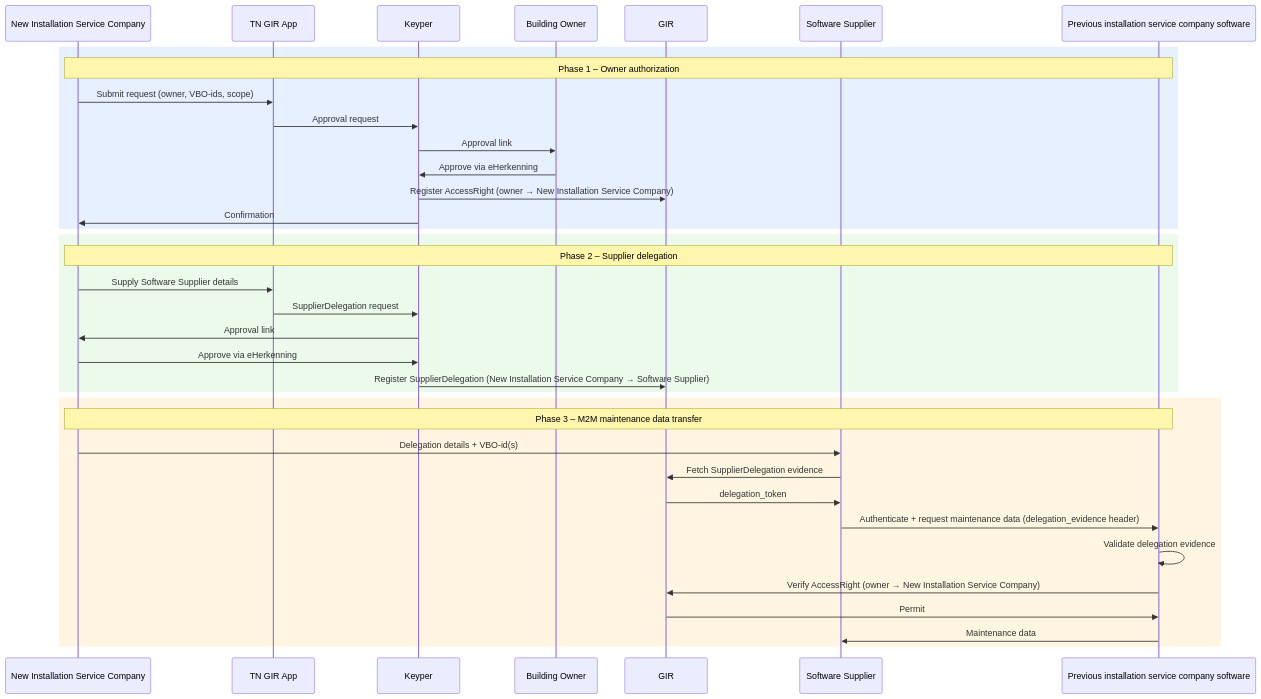
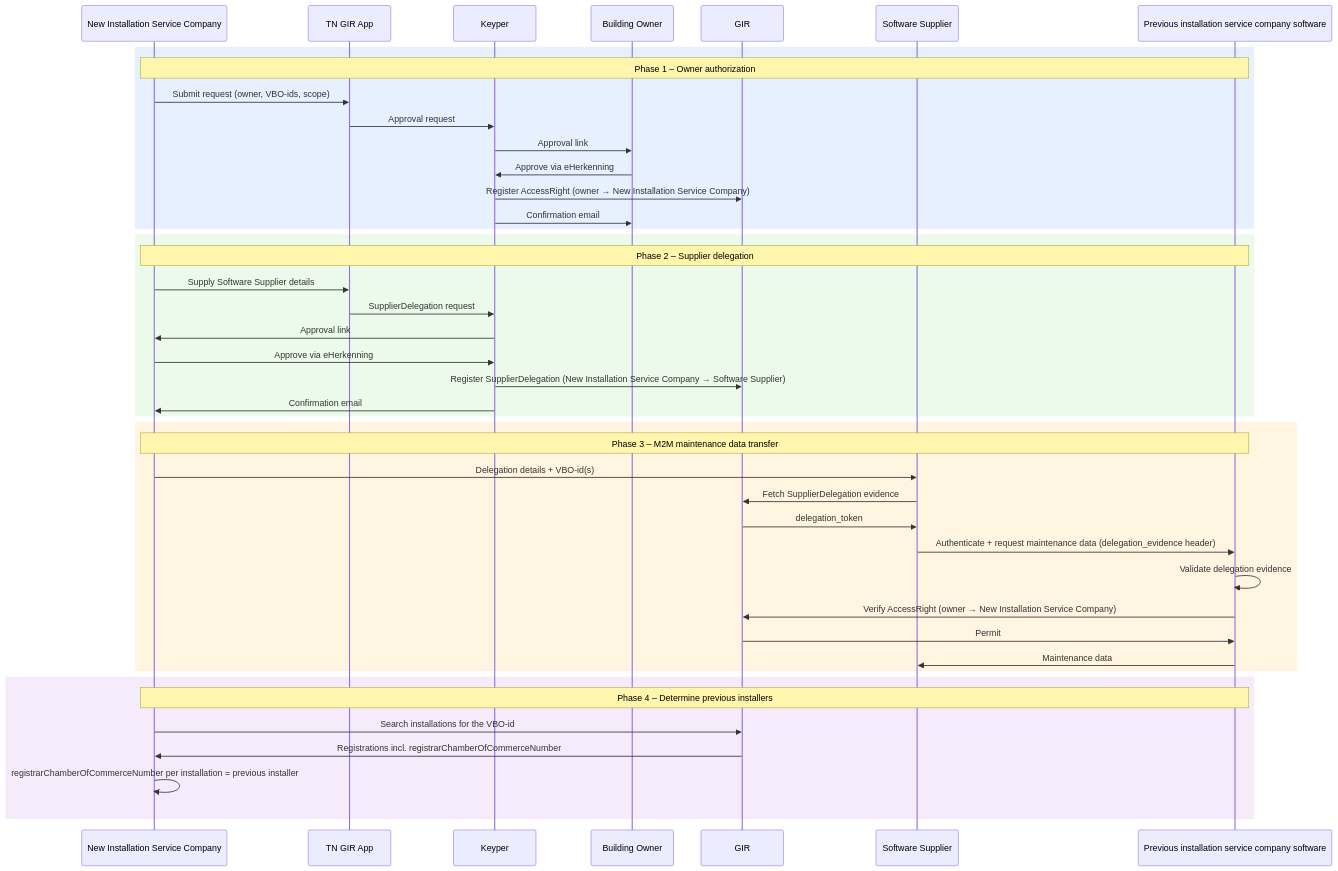
Before and after one commit to POORT8/Poort8.Docs: the diagram in gir/digitaal-onderhoudsboekje.md, drawn with Mermaid. The commit also changed other lines of this file and 35 other files, not shown here.

````diff
--- a/gir/digitaal-onderhoudsboekje.md
+++ b/gir/digitaal-onderhoudsboekje.md
@@ -21,41 +21,49 @@
 ```mermaid
 sequenceDiagram
     participant new_installer as New Installation Service Company
     participant app as TN GIR App
     participant keyper as Keyper
     participant owner as Building Owner
     participant gir as GIR
     participant software_supplier as Software Supplier
     participant prev_software as Previous installation service company software
 
     rect rgb(230, 240, 255)
     note over new_installer,prev_software: Phase 1 – Owner authorization
     new_installer->>app: Submit request (owner, VBO-ids, scope)
     app->>keyper: Approval request
     keyper->>owner: Approval link
     owner->>keyper: Approve via eHerkenning
     keyper->>gir: Register AccessRight (owner → New Installation Service Company)
-    keyper->>new_installer: Confirmation
+    keyper->>owner: Confirmation email
     end
 
     rect rgb(235, 250, 235)
     note over new_installer,prev_software: Phase 2 – Supplier delegation
     new_installer->>app: Supply Software Supplier details
     app->>keyper: SupplierDelegation request
     keyper->>new_installer: Approval link
     new_installer->>keyper: Approve via eHerkenning
     keyper->>gir: Register SupplierDelegation (New Installation Service Company → Software Supplier)
+    keyper->>new_installer: Confirmation email
     end
 
     rect rgb(255, 245, 225)
     note over new_installer,prev_software: Phase 3 – M2M maintenance data transfer
     new_installer->>software_supplier: Delegation details + VBO-id(s)
     software_supplier->>gir: Fetch SupplierDelegation evidence
     gir->>software_supplier: delegation_token
     software_supplier->>prev_software: Authenticate + request maintenance data (delegation_evidence header)
     prev_software->>prev_software: Validate delegation evidence
     prev_software->>gir: Verify AccessRight (owner → New Installation Service Company)
     gir->>prev_software: Permit
     prev_software->>software_supplier: Maintenance data
     end
+
+    rect rgb(245, 235, 250)
+    note over new_installer,prev_software: Phase 4 – Determine previous installers
+    new_installer->>gir: Search installations for the VBO-id
+    gir->>new_installer: Registrations incl. registrarChamberOfCommerceNumber
+    new_installer->>new_installer: registrarChamberOfCommerceNumber per installation = previous installer
+    end
 ```
````
